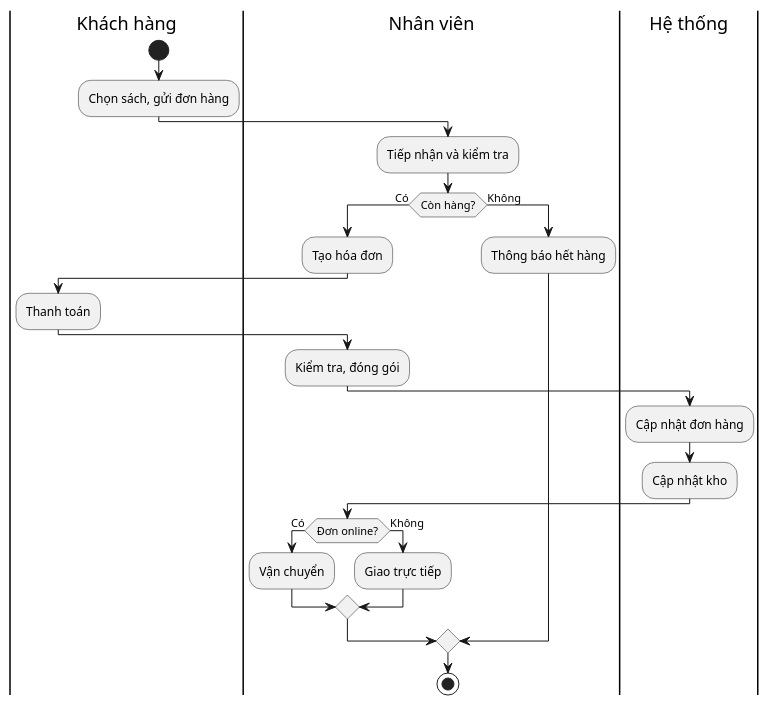
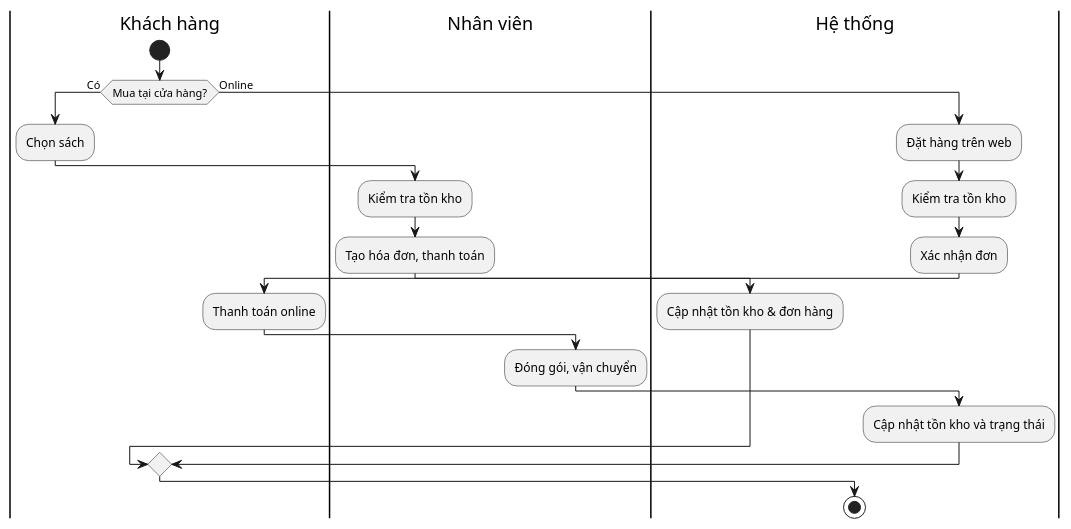
The diagram in app-service/document/flow/sale.puml (khanh-nd1204/book-app), drawn with PlantUML before and after one commit. The commit also changed 10 other files, not shown here.

```diff
--- a/app-service/document/flow/sale.puml
+++ b/app-service/document/flow/sale.puml
@@ -1,29 +1,24 @@
 @startuml
-
 |Khách hàng|
-
 start
-:Chọn sách, gửi đơn hàng;
-
-|Nhân viên|
-:Tiếp nhận và kiểm tra;
-if (Còn hàng?) then (Có)
-  :Tạo hóa đơn;
+if (Mua tại cửa hàng?) then (Có)
+  :Chọn sách;
+  |Nhân viên|
+  :Kiểm tra tồn kho;
+  :Tạo hóa đơn, thanh toán;
+  |Hệ thống|
+  :Cập nhật tồn kho & đơn hàng;
+else (Online)
+  :Đặt hàng trên web;
+  |Hệ thống|
+  :Kiểm tra tồn kho;
+  :Xác nhận đơn;
   |Khách hàng|
-  :Thanh toán;
+  :Thanh toán online;
   |Nhân viên|
-  :Kiểm tra, đóng gói;
+  :Đóng gói, vận chuyển;
   |Hệ thống|
-  :Cập nhật đơn hàng;
-  :Cập nhật kho;
-  |Nhân viên|
-  if (Đơn online?) then (Có)
-    :Vận chuyển;
-  else (Không)
-    :Giao trực tiếp;
-  endif
-else (Không)
-  :Thông báo hết hàng;
+  :Cập nhật tồn kho và trạng thái;
 endif
 stop
 @enduml
```
